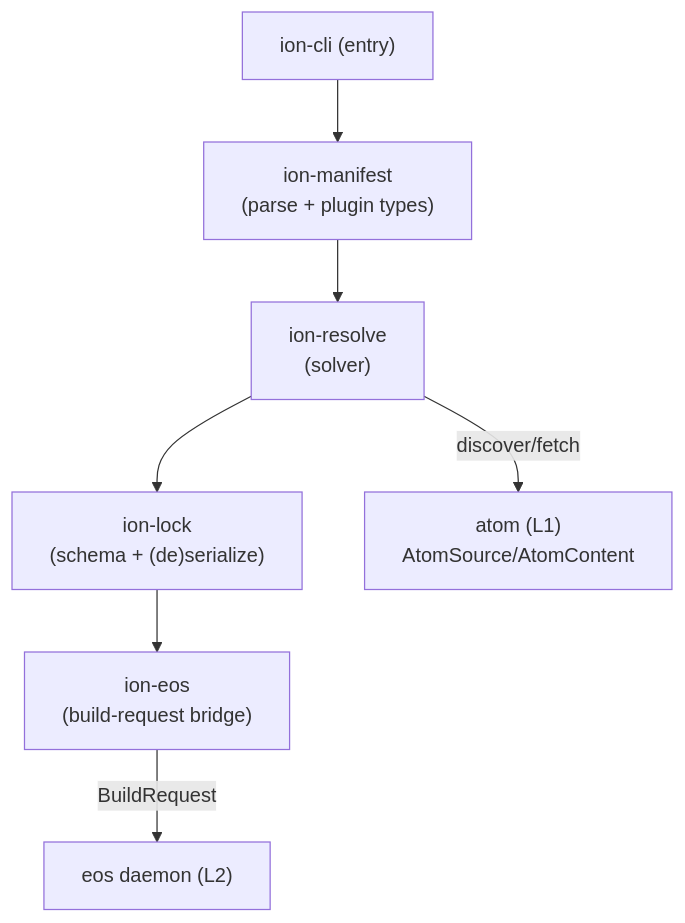
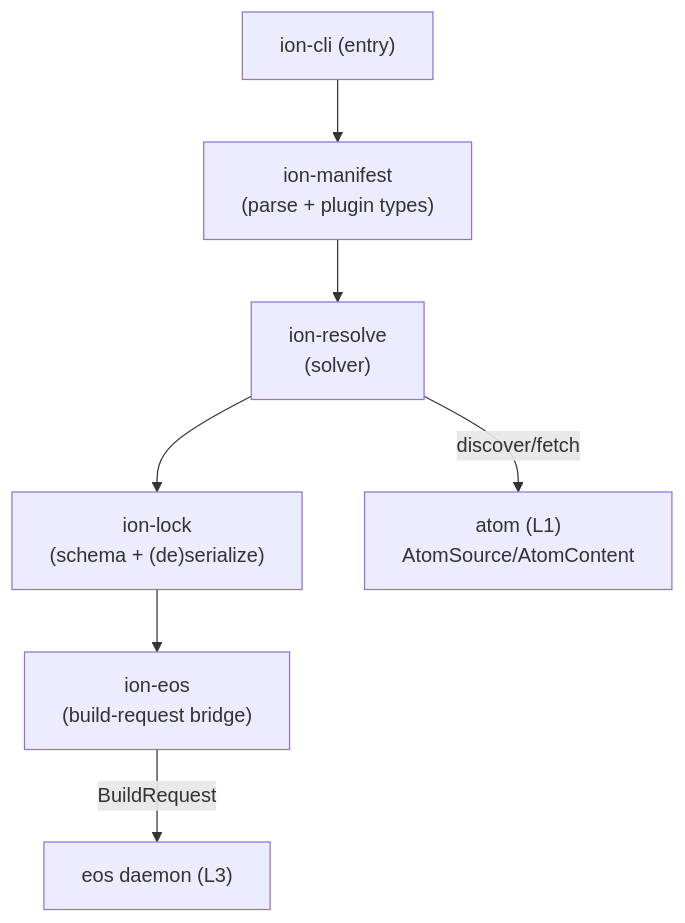
Before and after one commit to axiosoph/axios: the second of 7 diagrams in docs/architecture/ion-sad.md, drawn with Mermaid. The commit also changed other lines of this file and 5 other files, not shown here.

````diff
--- a/docs/architecture/ion-sad.md
+++ b/docs/architecture/ion-sad.md
@@ -88,17 +89,17 @@
 ```mermaid
 graph TB
   CLI["ion-cli (entry)"]
   MAN["ion-manifest\n(parse + plugin types)"]
   RES["ion-resolve\n(solver)"]
   LOCK["ion-lock\n(schema + (de)serialize)"]
   EOS["ion-eos\n(build-request bridge)"]
   ATOM["atom (L1)\nAtomSource/AtomContent"]
-  SCHED["eos daemon (L2)"]
+  SCHED["eos daemon (L3)"]
 
   CLI --> MAN
   MAN --> RES
   RES -->|"discover/fetch"| ATOM
   RES --> LOCK
   LOCK --> EOS
   EOS -->|"BuildRequest"| SCHED
 ```
````
